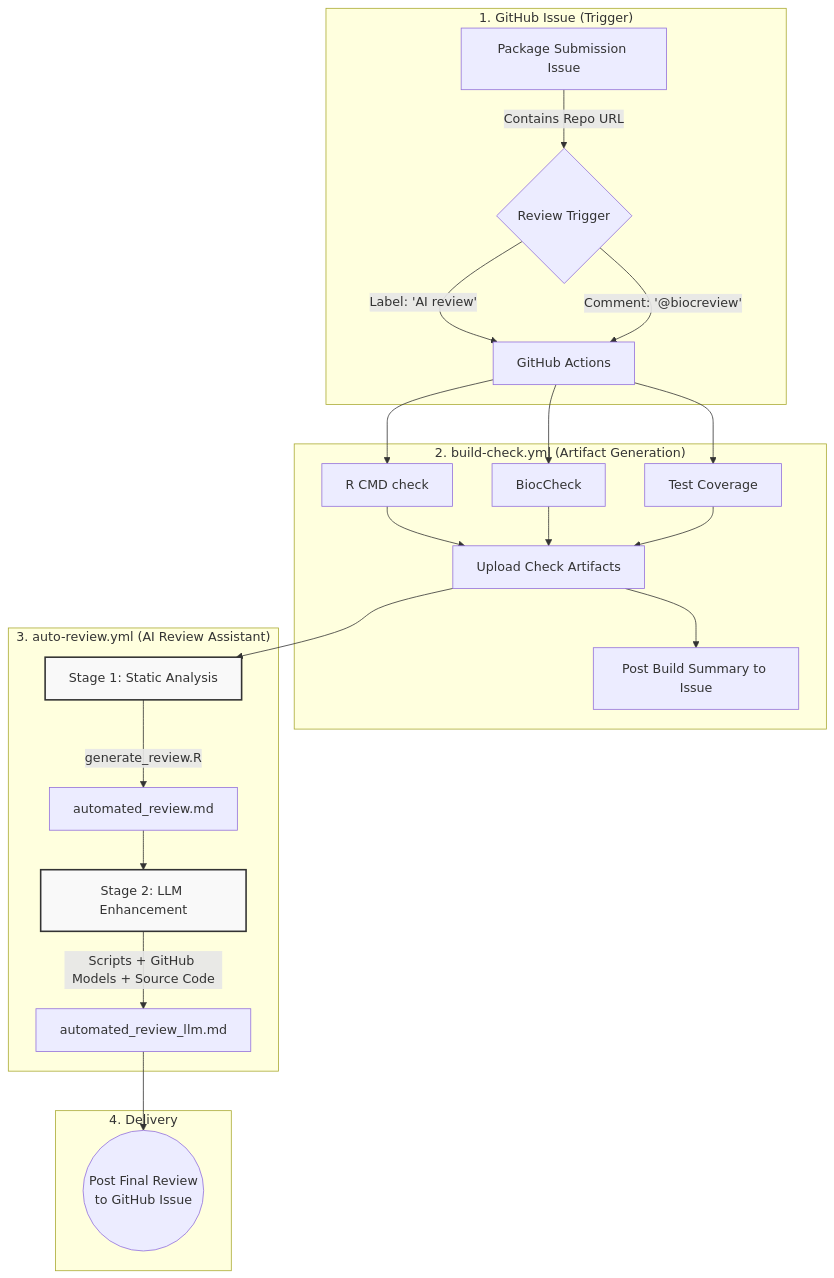
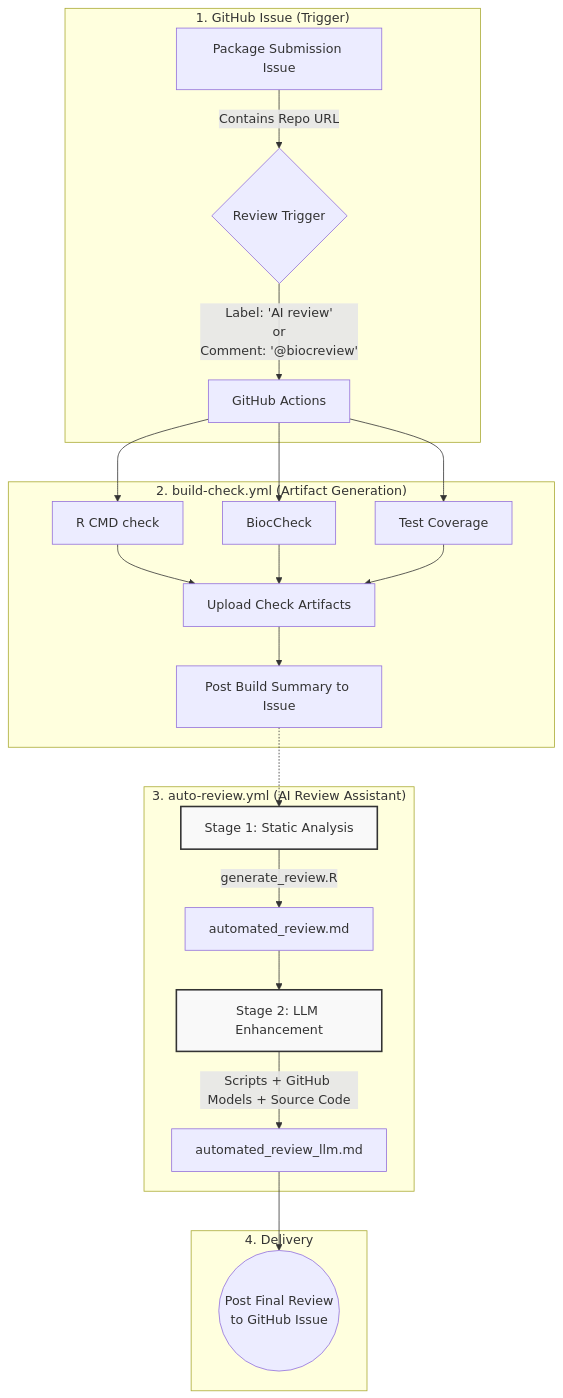
One commit to LiNk-NY/BiocReviews changed the diagram in README.md. Above: the diagram before and after it, drawn with Mermaid.

Commit message:
Fix Mermaid diagram syntax in README.md
Combine parallel edges and expand shorthand syntax to prevent rendering
errors on GitHub.

````diff
--- a/README.md
+++ b/README.md
@@ -240,31 +240,32 @@
 ```mermaid
 graph TD
     subgraph "1. GitHub Issue (Trigger)"
         A[Package Submission Issue] -->|Contains Repo URL| B{Review Trigger}
-        B -->|Label: 'AI review'| C[GitHub Actions]
-        B -->|Comment: '@biocreview'| C
+        B -->|"Label: 'AI review'<br>or<br>Comment: '@biocreview'"| C[GitHub Actions]
     end
 
     subgraph "2. build-check.yml (Artifact Generation)"
         C --> D[R CMD check]
         C --> E[BiocCheck]
         C --> F[Test Coverage]
-        D & E & F --> G[Upload Check Artifacts]
+        D --> G[Upload Check Artifacts]
+        E --> G
+        F --> G
         G --> H[Post Build Summary to Issue]
     end
 
     subgraph "3. auto-review.yml (AI Review Assistant)"
-        G --> I[Stage 1: Static Analysis]
+        H -.-> I[Stage 1: Static Analysis]
         I -->|generate_review.R| J[automated_review.md]
         
         J --> K[Stage 2: LLM Enhancement]
         K -->|Scripts + GitHub Models + Source Code| L[automated_review_llm.md]
     end
     
     subgraph "4. Delivery"
         L --> M((Post Final Review<br>to GitHub Issue))
     end
     
     classDef stage fill:#f9f9f9,stroke:#333,stroke-width:2px;
     class I,K stage;
 ```
````
